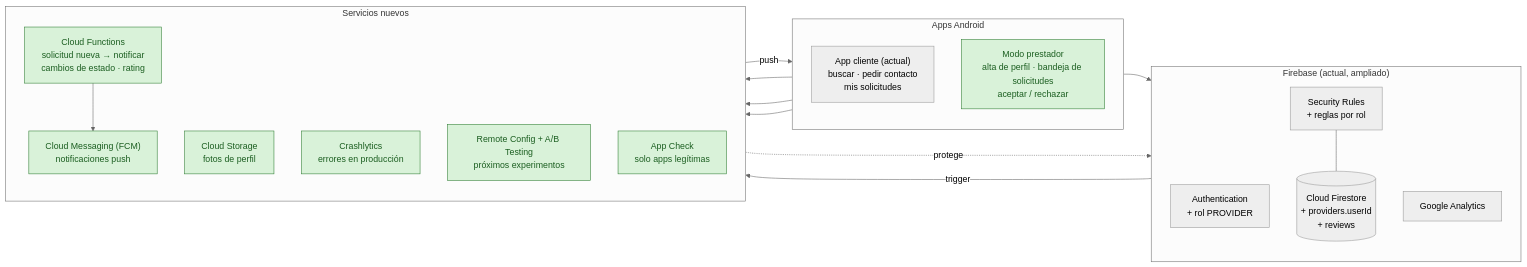
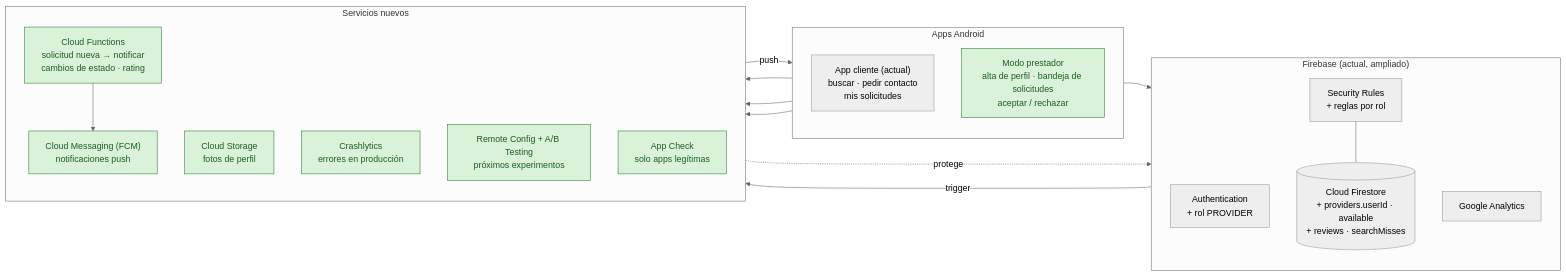
One commit to Gon-nazz19/ServiciosYA changed the third of 4 diagrams in docs/ARQUITECTURA.md. Above: the diagram before and after it, drawn with Mermaid (neutral theme). The commit also changed other lines of this file and 11 other files, not shown here.

First line of the commit message:
docs(tp2): simulated user test, results and findings-driven architecture

````diff
--- a/docs/ARQUITECTURA.md
+++ b/docs/ARQUITECTURA.md
@@ -120,39 +120,39 @@
 ```mermaid
 flowchart LR
     subgraph APPS["Apps Android"]
         direction TB
         CAPP["App cliente (actual)<br/>buscar · pedir contacto<br/>mis solicitudes"]
         PAPP["Modo prestador<br/>alta de perfil · bandeja de solicitudes<br/>aceptar / rechazar"]
     end
 
     subgraph CORE["Firebase (actual, ampliado)"]
         direction TB
         AUTH["Authentication<br/>+ rol PROVIDER"]
-        FS[("Cloud Firestore<br/>+ providers.userId<br/>+ reviews")]
+        FS[("Cloud Firestore<br/>+ providers.userId · available<br/>+ reviews · searchMisses")]
         RULES["Security Rules<br/>+ reglas por rol"]
         GA["Google Analytics"]
         RULES --- FS
     end
 
     subgraph NEW["Servicios nuevos"]
         direction TB
         CF["Cloud Functions<br/>solicitud nueva → notificar<br/>cambios de estado · rating"]
         FCM["Cloud Messaging (FCM)<br/>notificaciones push"]
         ST["Cloud Storage<br/>fotos de perfil"]
         CR["Crashlytics<br/>errores en producción"]
         RC["Remote Config + A/B Testing<br/>próximos experimentos"]
         AC["App Check<br/>solo apps legítimas"]
         CF --> FCM
     end
 
     APPS --> CORE
     APPS --> ST
     APPS --> CR
     APPS --> RC
     FS -- trigger --> CF
     FCM -- push --> APPS
     AC -. protege .-> CORE
 
     classDef new fill:#d9f2d9,stroke:#2e7d32,color:#1b5e20;
     class PAPP,CF,FCM,ST,CR,RC,AC new;
 ```
````
